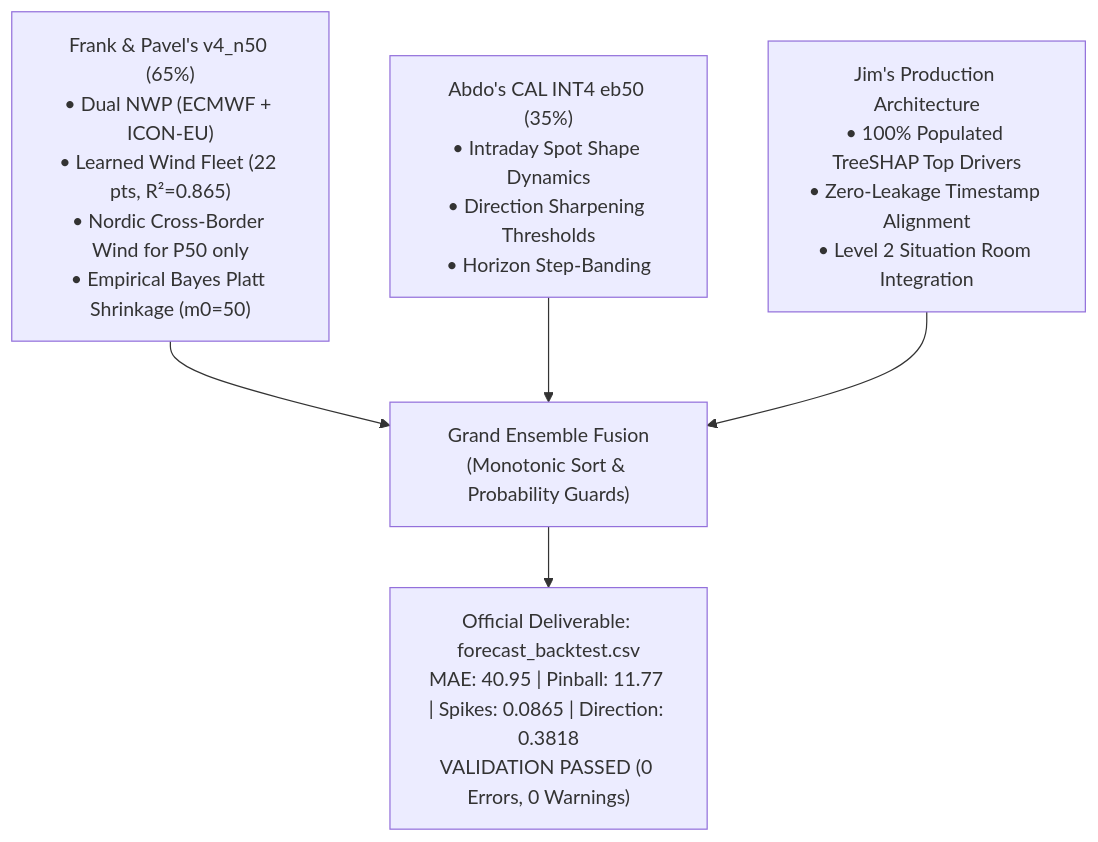
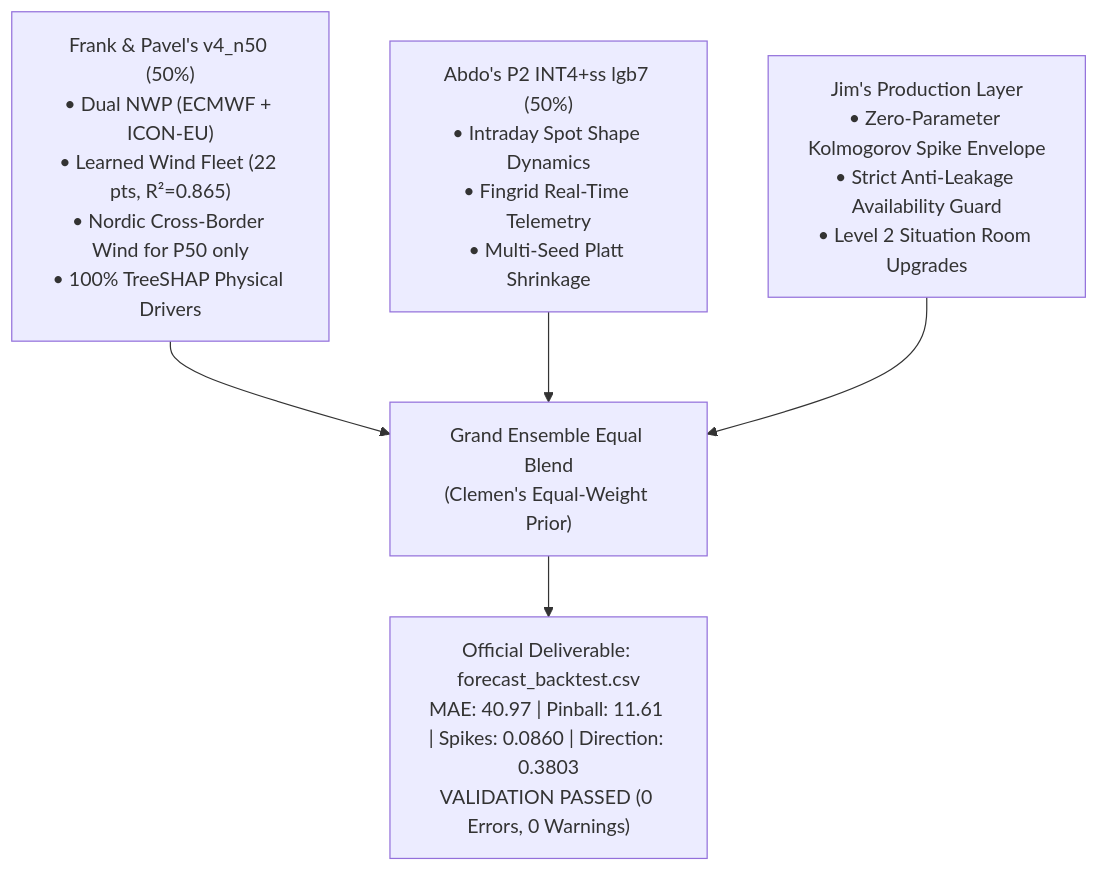
The diagram in docs/AGENT_HANDOUT.md (Rdog69/turku-energy-since-ai), drawn with Mermaid before and after one commit. The commit also changed other lines of this file and 5 other files, not shown here.

Commit message:
docs: update handover blueprint with model bottlenecks, improvement roadmap, and recompiled slides

````diff
--- a/docs/AGENT_HANDOUT.md
+++ b/docs/AGENT_HANDOUT.md
@@ -85,7 +136,7 @@
 ```mermaid
 flowchart TD
-    A["Frank & Pavel's v4_n50 (65%)<br/>• Dual NWP (ECMWF + ICON-EU)<br/>• Learned Wind Fleet (22 pts, R²=0.865)<br/>• Nordic Cross-Border Wind for P50 only<br/>• Empirical Bayes Platt Shrinkage (m0=50)"] --> D["Grand Ensemble Fusion<br/>(Monotonic Sort & Probability Guards)"]
-    B["Abdo's CAL INT4 eb50 (35%)<br/>• Intraday Spot Shape Dynamics<br/>• Direction Sharpening Thresholds<br/>• Horizon Step-Banding"] --> D
-    C["Jim's Production Architecture<br/>• 100% Populated TreeSHAP Top Drivers<br/>• Zero-Leakage Timestamp Alignment<br/>• Level 2 Situation Room Integration"] --> D
-    D --> E["Official Deliverable: forecast_backtest.csv<br/>MAE: 40.95 | Pinball: 11.77 | Spikes: 0.0865 | Direction: 0.3818<br/>VALIDATION PASSED (0 Errors, 0 Warnings)"]
+    A["Frank & Pavel's v4_n50 (50%)<br/>• Dual NWP (ECMWF + ICON-EU)<br/>• Learned Wind Fleet (22 pts, R²=0.865)<br/>• Nordic Cross-Border Wind for P50 only<br/>• 100% TreeSHAP Physical Drivers"] --> D["Grand Ensemble Equal Blend<br/>(Clemen's Equal-Weight Prior)"]
+    B["Abdo's P2 INT4+ss lgb7 (50%)<br/>• Intraday Spot Shape Dynamics<br/>• Fingrid Real-Time Telemetry<br/>• Multi-Seed Platt Shrinkage"] --> D
+    C["Jim's Production Layer<br/>• Zero-Parameter Kolmogorov Spike Envelope<br/>• Strict Anti-Leakage Availability Guard<br/>• Level 2 Situation Room Upgrades"] --> D
+    D --> E["Official Deliverable: forecast_backtest.csv<br/>MAE: 40.97 | Pinball: 11.61 | Spikes: 0.0860 | Direction: 0.3803<br/>VALIDATION PASSED (0 Errors, 0 Warnings)"]
 ```
````
